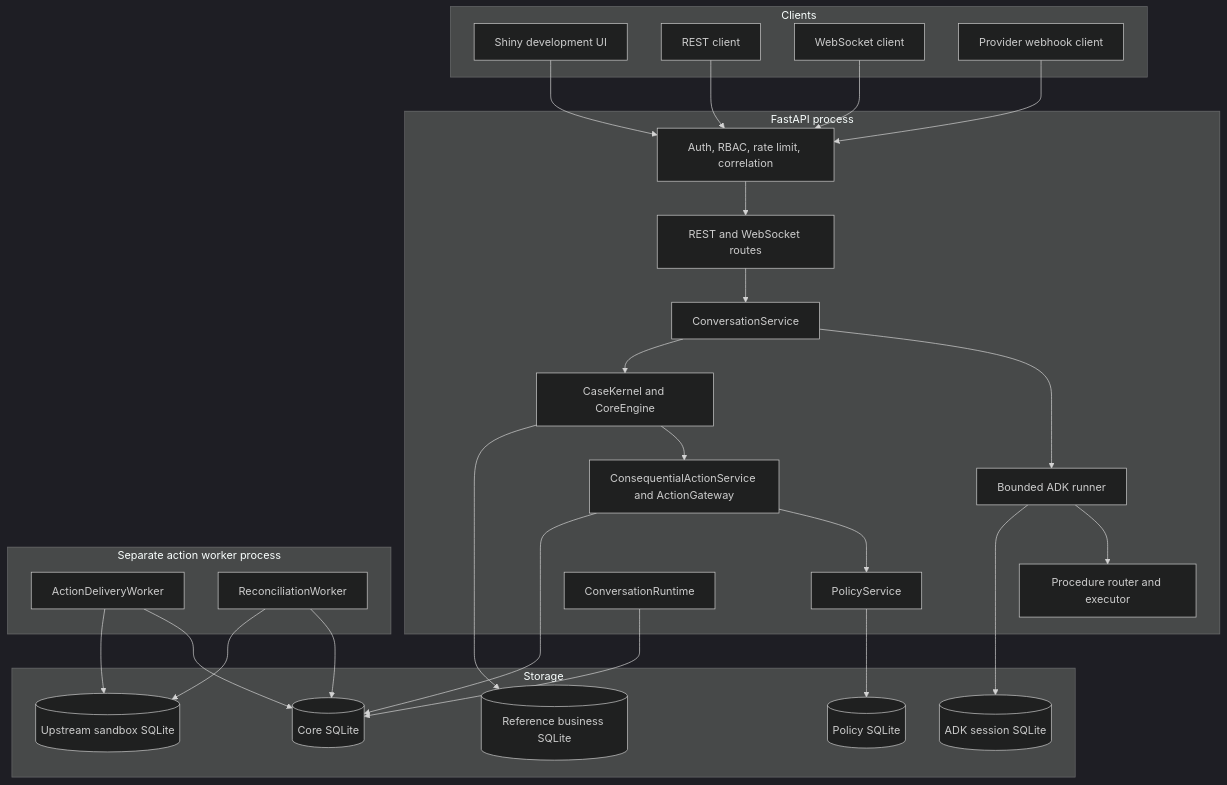
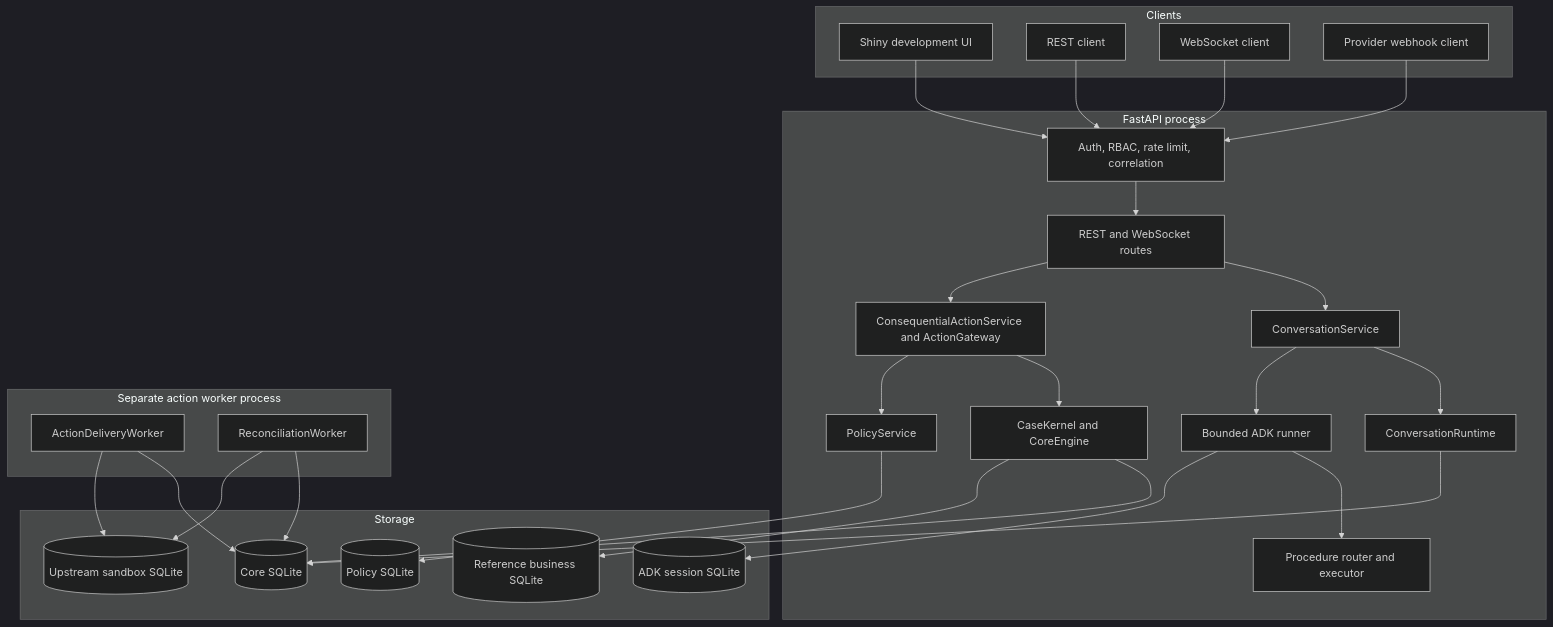
One commit to spkc83/llm-powered-workflow-engine changed the second of 8 diagrams in docs/architecture.md. Above: the diagram before and after it, drawn with Mermaid (dark theme). The commit also changed other lines of this file and 2 other files, not shown here.

Commit message:
Clarify conversation and action architecture

````diff
--- a/docs/architecture.md
+++ b/docs/architecture.md
@@ -63,55 +63,56 @@
 ```mermaid
 flowchart TB
     subgraph Clients
         Browser[Shiny development UI]
         Rest[REST client]
         Ws[WebSocket client]
         ProviderClient[Provider webhook client]
     end
 
     subgraph API[FastAPI process]
         Middleware[Auth, RBAC, rate limit, correlation]
         Routes[REST and WebSocket routes]
         Conversation[ConversationService]
         ADK[Bounded ADK runner]
         Procedure[Procedure router and executor]
         Core[CaseKernel and CoreEngine]
         Actions[ConsequentialActionService and ActionGateway]
         Policy[PolicyService]
         Runtime[ConversationRuntime]
     end
 
     subgraph Workers[Separate action worker process]
         Delivery[ActionDeliveryWorker]
         Reconcile[ReconciliationWorker]
     end
 
     subgraph Storage
         Business[(Reference business SQLite)]
         CoreDb[(Core SQLite)]
         PolicyDb[(Policy SQLite)]
         SessionDb[(ADK session SQLite)]
         SandboxDb[(Upstream sandbox SQLite)]
     end
 
     Browser --> Middleware
     Rest --> Middleware
     Ws --> Middleware
     ProviderClient --> Middleware
     Middleware --> Routes
     Routes --> Conversation
+    Conversation --> Runtime
     Conversation --> ADK
     ADK --> Procedure
-    Conversation --> Core
-    Core --> Actions
+    Routes --> Actions
+    Actions --> Core
     Actions --> Policy
-    Actions --> CoreDb
+    Core --> CoreDb
     Runtime --> CoreDb
     Policy --> PolicyDb
     ADK --> SessionDb
     Core --> Business
     Delivery --> CoreDb
     Reconcile --> CoreDb
     Delivery --> SandboxDb
     Reconcile --> SandboxDb
 ```
````
